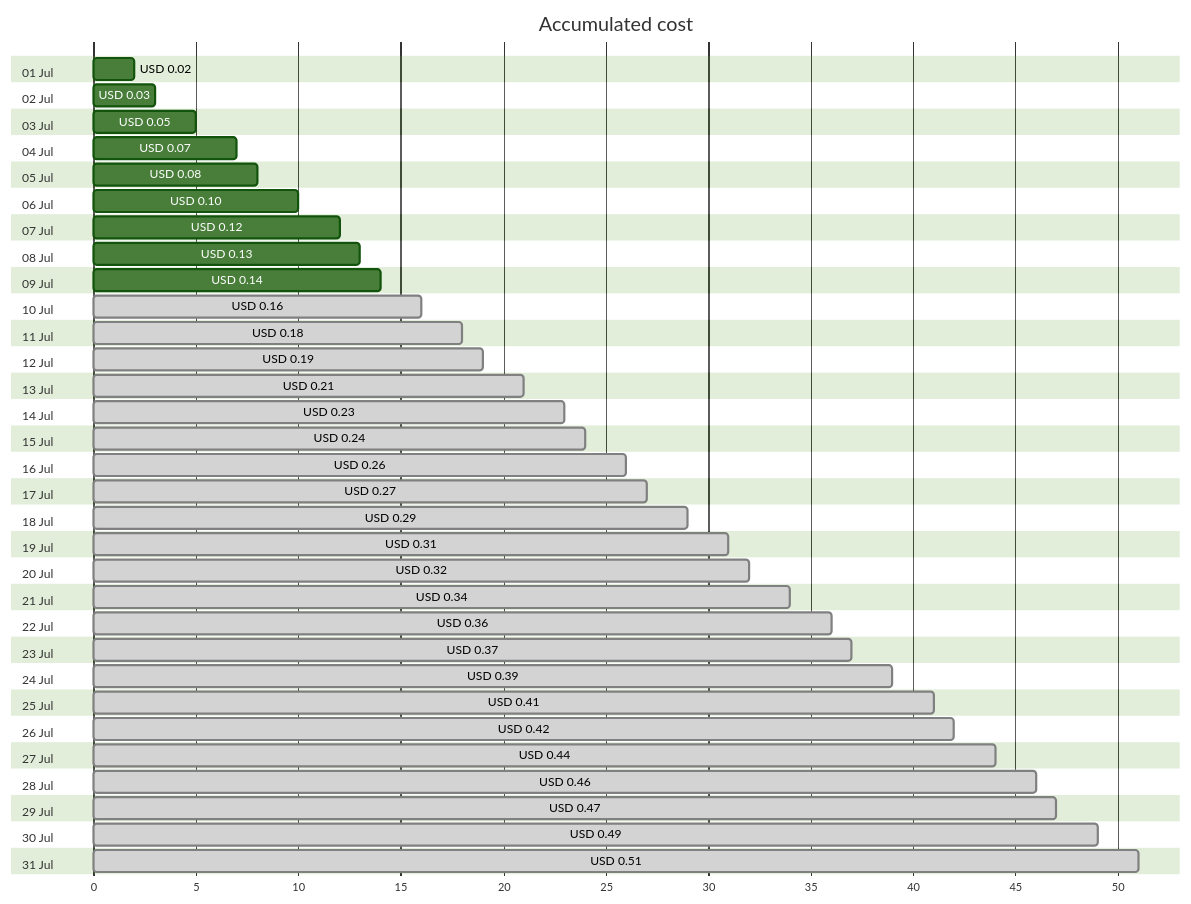
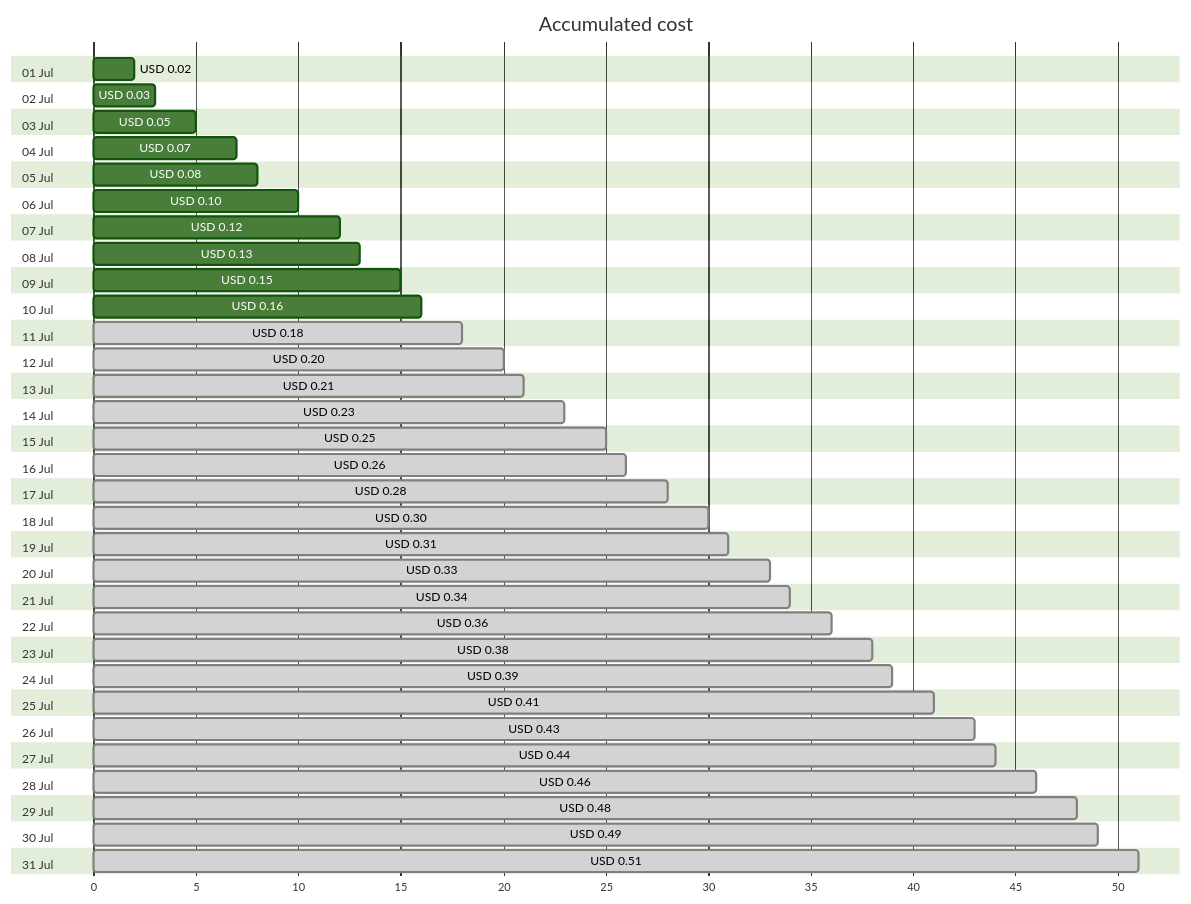
The first of 4 diagrams in cost-reports/personal-dns/jpatrickfulton.dev.md (jpfulton/azure-personal-reports), drawn with Mermaid (forest theme) before and after one commit. The commit also changed other lines of this file and 2 other files, not shown here.

Commit message:
Generated reports [skip ci]

````diff
--- a/cost-reports/personal-dns/jpatrickfulton.dev.md
+++ b/cost-reports/personal-dns/jpatrickfulton.dev.md
@@ -20,68 +20,68 @@
 ```mermaid
 gantt
    title Accumulated cost
    dateFormat  X
    axisFormat %s
    section 01 Jul
    USD 0.02 :0, 2
    section 02 Jul
    USD 0.03 :0, 3
    section 03 Jul
    USD 0.05 :0, 5
    section 04 Jul
    USD 0.07 :0, 7
    section 05 Jul
    USD 0.08 :0, 8
    section 06 Jul
    USD 0.10 :0, 10
    section 07 Jul
    USD 0.12 :0, 12
    section 08 Jul
    USD 0.13 :0, 13
    section 09 Jul
-   USD 0.14 :0, 14
+   USD 0.15 :0, 15
    section 10 Jul
-   USD 0.16 : done, 0, 16
+   USD 0.16 :0, 16
    section 11 Jul
    USD 0.18 : done, 0, 18
    section 12 Jul
-   USD 0.19 : done, 0, 19
+   USD 0.20 : done, 0, 20
    section 13 Jul
    USD 0.21 : done, 0, 21
    section 14 Jul
    USD 0.23 : done, 0, 23
    section 15 Jul
-   USD 0.24 : done, 0, 24
+   USD 0.25 : done, 0, 25
    section 16 Jul
    USD 0.26 : done, 0, 26
    section 17 Jul
-   USD 0.27 : done, 0, 27
+   USD 0.28 : done, 0, 28
    section 18 Jul
-   USD 0.29 : done, 0, 29
+   USD 0.30 : done, 0, 30
    section 19 Jul
    USD 0.31 : done, 0, 31
    section 20 Jul
-   USD 0.32 : done, 0, 32
+   USD 0.33 : done, 0, 33
    section 21 Jul
    USD 0.34 : done, 0, 34
    section 22 Jul
    USD 0.36 : done, 0, 36
    section 23 Jul
-   USD 0.37 : done, 0, 37
+   USD 0.38 : done, 0, 38
    section 24 Jul
    USD 0.39 : done, 0, 39
    section 25 Jul
    USD 0.41 : done, 0, 41
    section 26 Jul
-   USD 0.42 : done, 0, 42
+   USD 0.43 : done, 0, 43
    section 27 Jul
    USD 0.44 : done, 0, 44
    section 28 Jul
    USD 0.46 : done, 0, 46
    section 29 Jul
-   USD 0.47 : done, 0, 47
+   USD 0.48 : done, 0, 48
    section 30 Jul
    USD 0.49 : done, 0, 49
    section 31 Jul
    USD 0.51 : done, 0, 51
 ```
````
